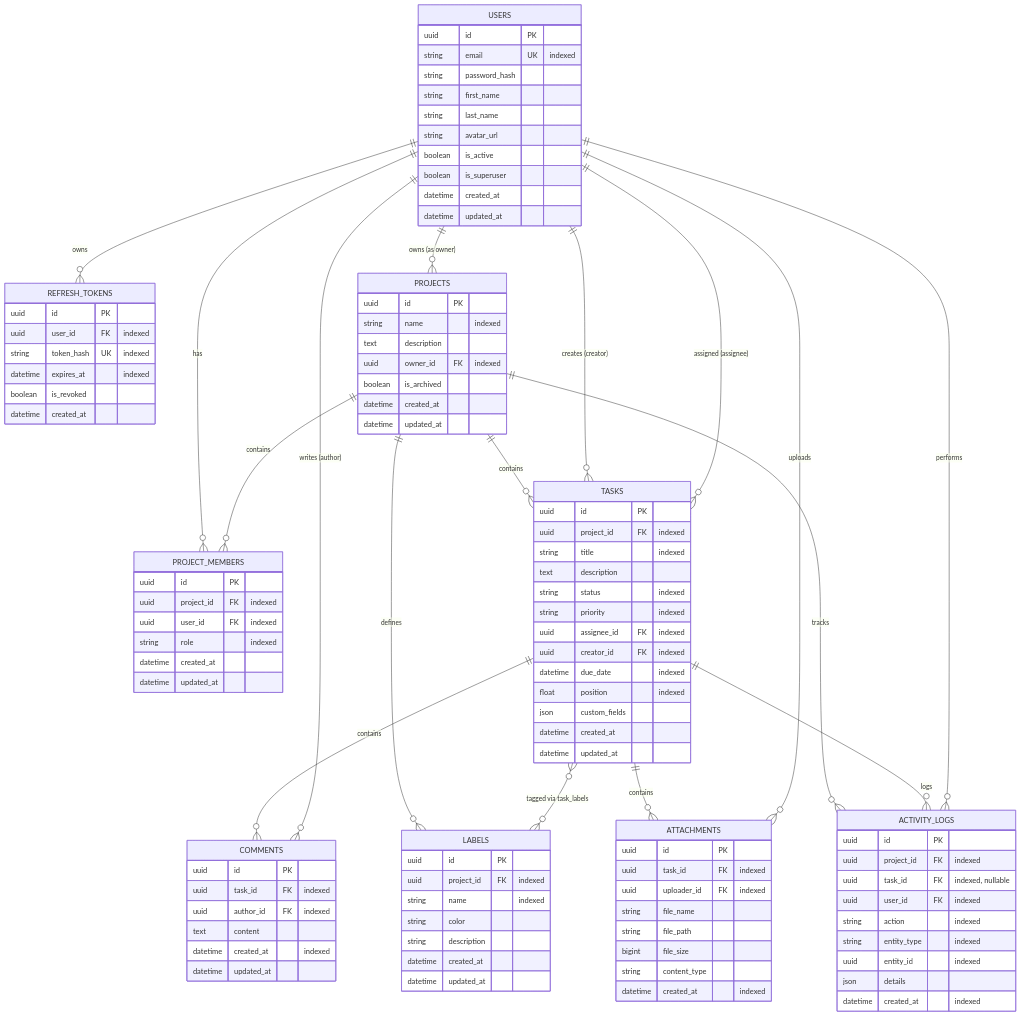
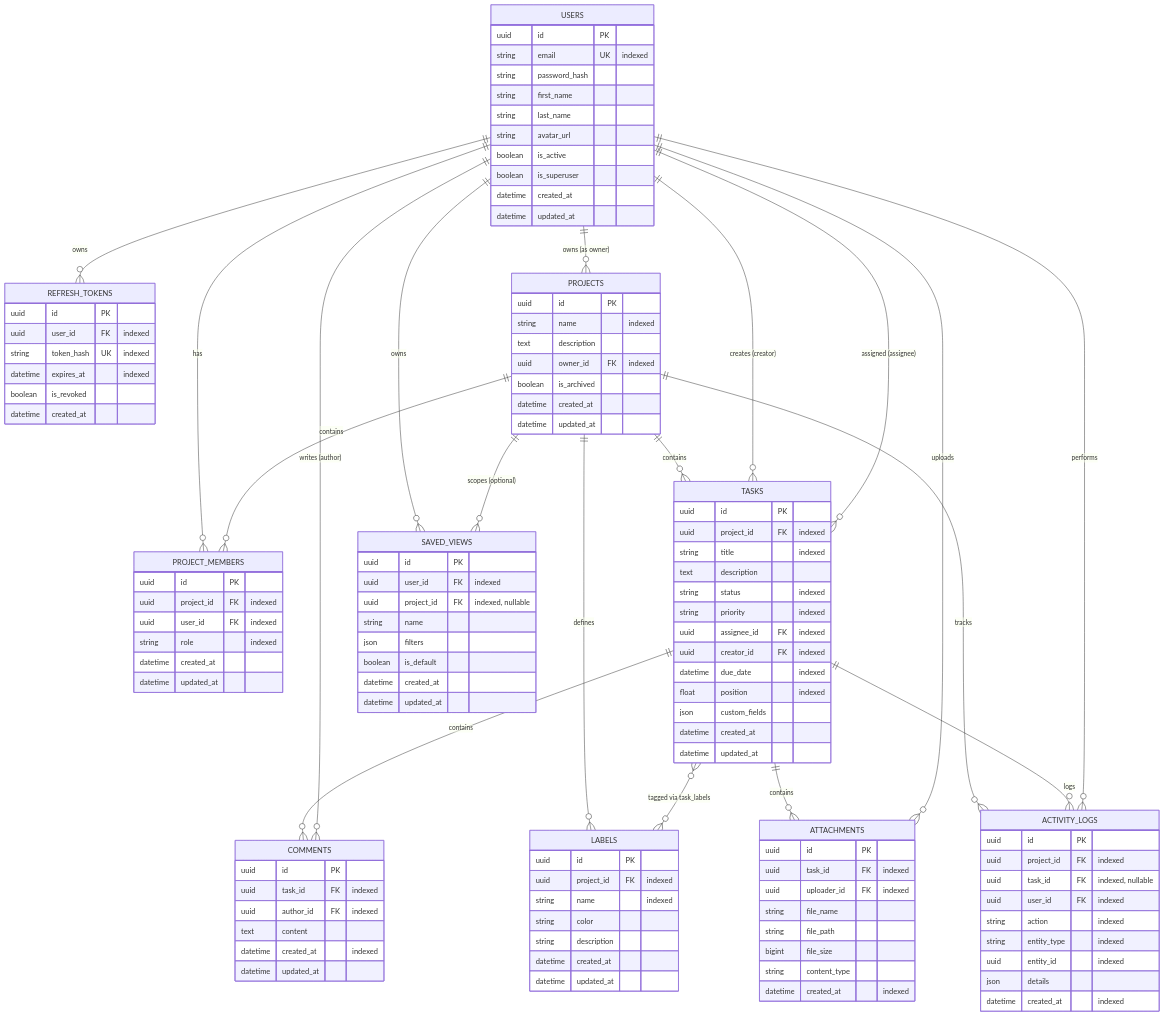
One commit to AliSheydai/project-management-platform changed the diagram in ARCHITECTURE.md. Above: the diagram before and after it, drawn with Mermaid. The commit also changed other lines of this file and 9 other files, not shown here.

Commit message:
feat(search): implement cross-project search, multi-filters, facets, and saved views

```diff
--- a/ARCHITECTURE.md
+++ b/ARCHITECTURE.md
@@ -37,6 +37,8 @@
     TASKS }o--o{ LABELS : "tagged via task_labels"
     TASKS ||--o{ ATTACHMENTS : "contains"
     USERS ||--o{ ATTACHMENTS : "uploads"
+    USERS ||--o{ SAVED_VIEWS : "owns"
+    PROJECTS ||--o{ SAVED_VIEWS : "scopes (optional)"
     PROJECTS ||--o{ ACTIVITY_LOGS : "tracks"
     TASKS ||--o{ ACTIVITY_LOGS : "logs"
     USERS ||--o{ ACTIVITY_LOGS : "performs"
@@ -119,6 +121,17 @@
         datetime created_at "indexed"
     }
 
+    SAVED_VIEWS {
+        uuid id PK
+        uuid user_id FK "indexed"
+        uuid project_id FK "indexed, nullable"
+        string name
+        json filters
+        boolean is_default
+        datetime created_at
+        datetime updated_at
+    }
+
     COMMENTS {
         uuid id PK
         uuid task_id FK "indexed"
```
